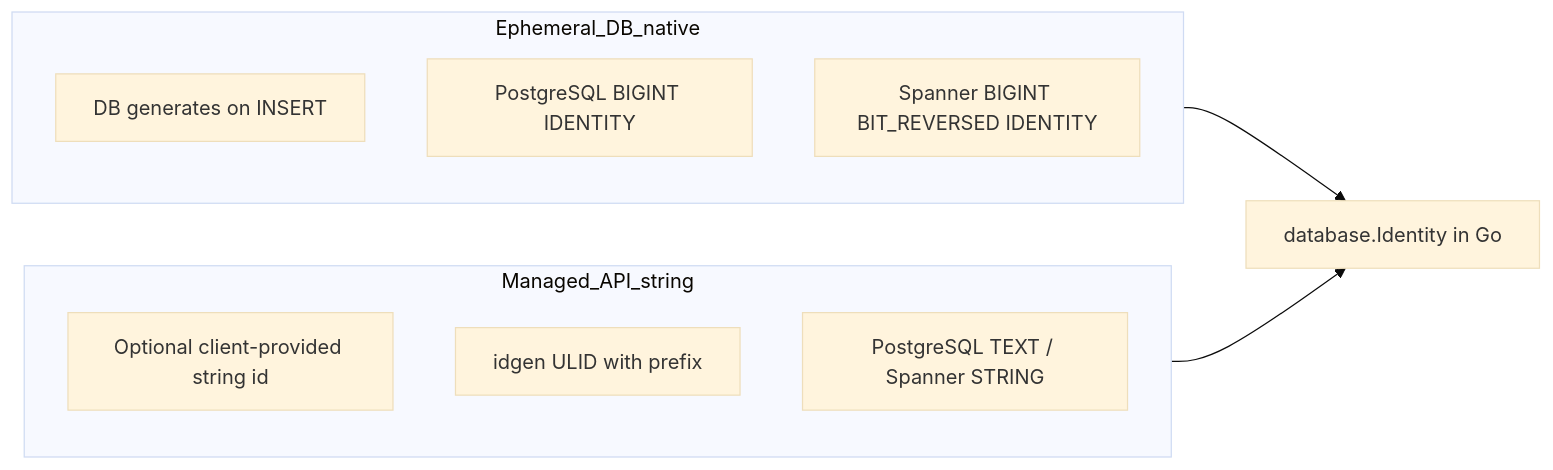
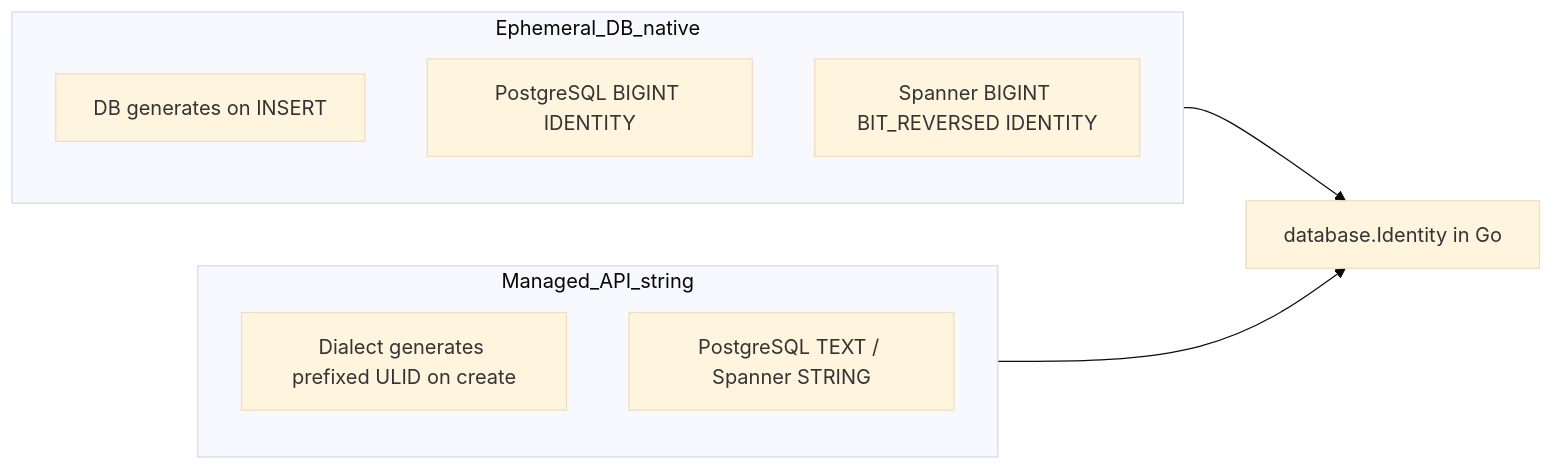
One commit to zitadel/nextgen changed the diagram in docs/adrs/011-resource-identifiers.md. Above: the diagram before and after it, drawn with Mermaid (base theme). The commit also changed other lines of this file and 5 other files, not shown here.

````diff
--- a/docs/adrs/011-resource-identifiers.md
+++ b/docs/adrs/011-resource-identifiers.md
@@ -26,15 +26,14 @@
 ```mermaid
 flowchart LR
   subgraph ephemeral [Ephemeral_DB_native]
     DBGen[DB generates on INSERT]
     BigInt[PostgreSQL BIGINT IDENTITY]
     SpannerId[Spanner BIGINT BIT_REVERSED IDENTITY]
   end
   subgraph managed [Managed_API_string]
-    APIOpt[Optional client-provided string id]
-    Fallback[idgen ULID with prefix]
+    DialectGen[Dialect generates prefixed ULID on create]
     StrCol[PostgreSQL TEXT / Spanner STRING]
   end
   ephemeral --> IdentityGo["database.Identity in Go"]
   managed --> IdentityGo
 ```
````
